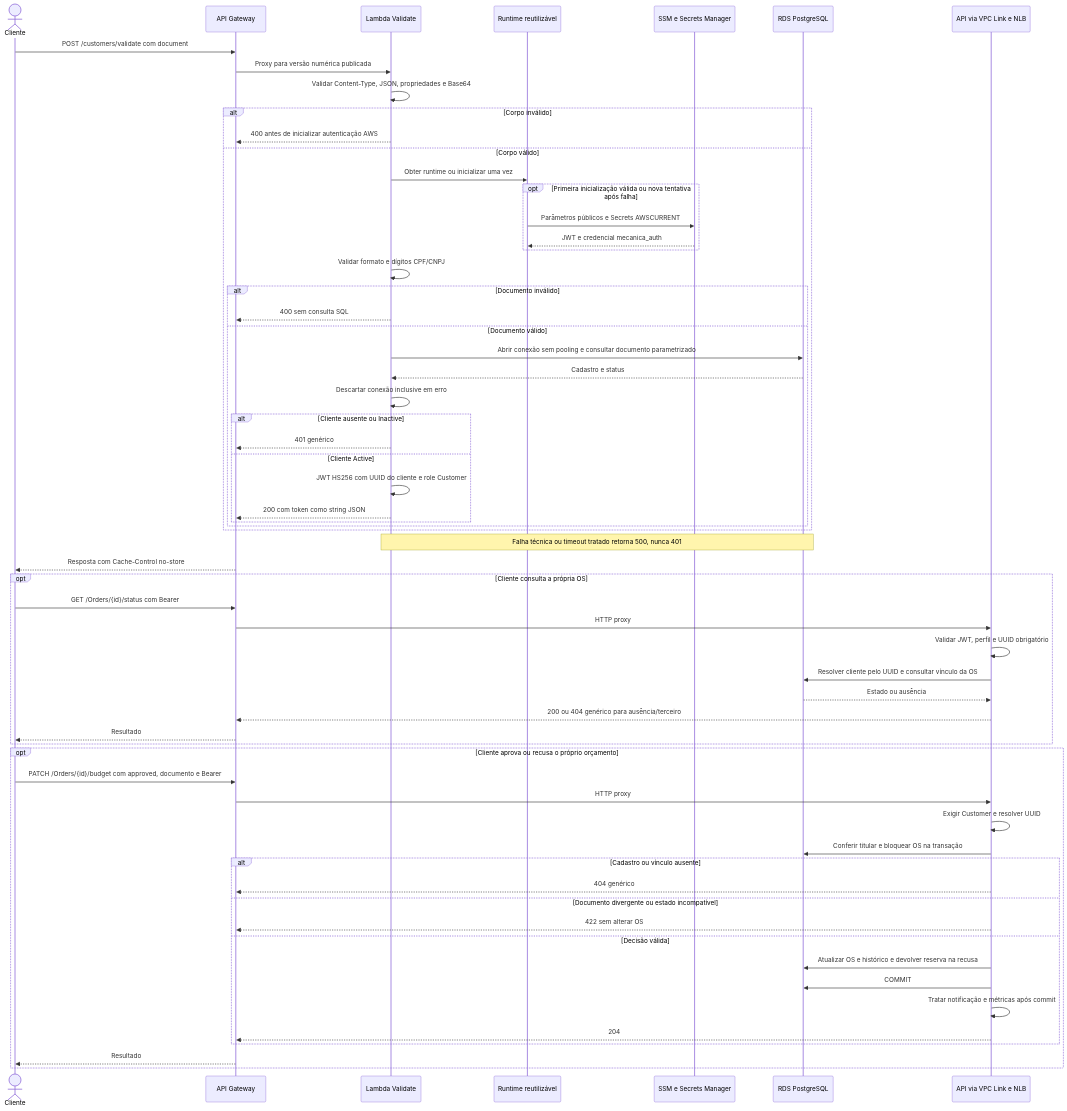
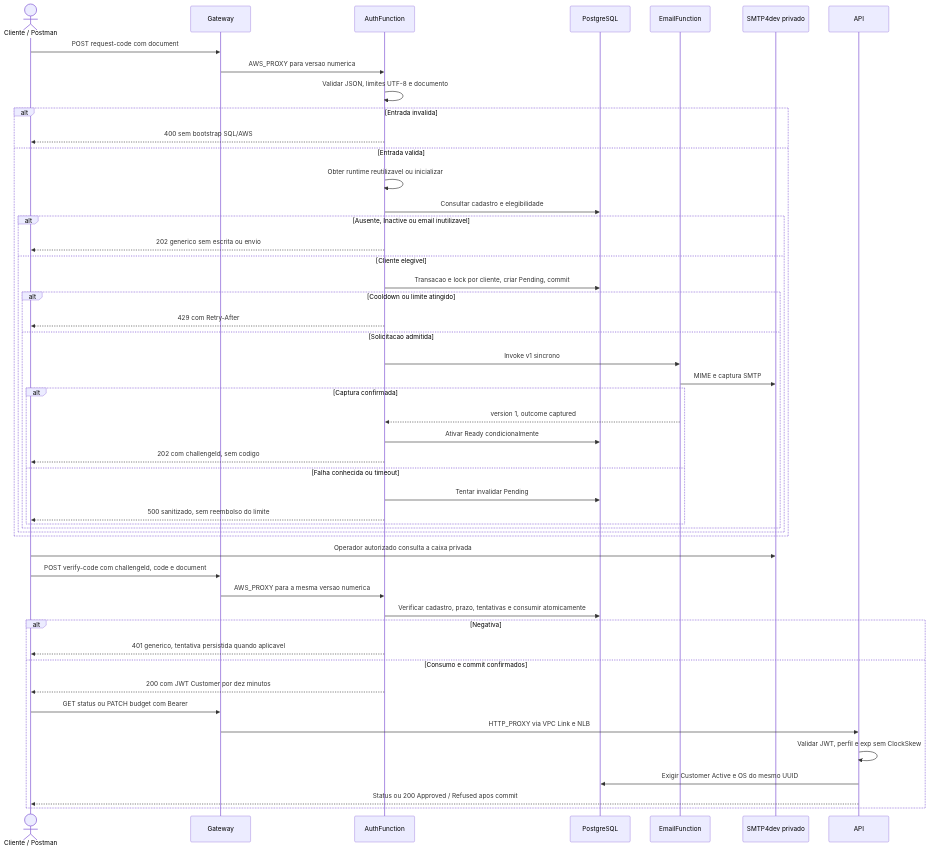
Before and after one commit to pknfelps/GerenciamentoMecanicaSistema: the diagram in docs/arquitetura/diagramas/VALIDACAO_CPF.md, drawn with Mermaid. The commit also changed other lines of this file and 70 other files, not shown here.

Commit message:
Atualizados schemas do postman

````diff
--- a/docs/arquitetura/diagramas/VALIDACAO_CPF.md
+++ b/docs/arquitetura/diagramas/VALIDACAO_CPF.md
@@ -7,64 +7,52 @@
 ```mermaid
 sequenceDiagram
-    actor C as Cliente
-    participant G as API Gateway
-    participant F as Lambda Validate
-    participant P as Runtime reutilizável
-    participant S as SSM e Secrets Manager
-    participant D as RDS PostgreSQL
-    participant A as API via VPC Link e NLB
-    C->>G: POST /customers/validate com document
-    G->>F: Proxy para versão numérica publicada
-    F->>F: Validar Content-Type, JSON, propriedades e Base64
-    alt Corpo inválido
-        F-->>G: 400 antes de inicializar autenticação AWS
-    else Corpo válido
-        F->>P: Obter runtime ou inicializar uma vez
-        opt Primeira inicialização válida ou nova tentativa após falha
-            P->>S: Parâmetros públicos e Secrets AWSCURRENT
-            S-->>P: JWT e credencial mecanica_auth
-        end
-        F->>F: Validar formato e dígitos CPF/CNPJ
-        alt Documento inválido
-            F-->>G: 400 sem consulta SQL
-        else Documento válido
-            F->>D: Abrir conexão sem pooling e consultar documento parametrizado
-            D-->>F: Cadastro e status
-            F->>F: Descartar conexão inclusive em erro
-            alt Cliente ausente ou Inactive
-                F-->>G: 401 genérico
-            else Cliente Active
-                F->>F: JWT HS256 com UUID do cliente e role Customer
-                F-->>G: 200 com token como string JSON
+    actor C as Cliente / Postman
+    participant G as Gateway
+    participant F as AuthFunction
+    participant D as PostgreSQL
+    participant E as EmailFunction
+    participant S as SMTP4dev privado
+    participant A as API
+    C->>G: POST request-code com document
+    G->>F: AWS_PROXY para versao numerica
+    F->>F: Validar JSON, limites UTF-8 e documento
+    alt Entrada invalida
+        F-->>C: 400 sem bootstrap SQL/AWS
+    else Entrada valida
+        F->>F: Obter runtime reutilizavel ou inicializar
+        F->>D: Consultar cadastro e elegibilidade
+        alt Ausente, Inactive ou email inutilizavel
+            F-->>C: 202 generico sem escrita ou envio
+        else Cliente elegivel
+            F->>D: Transacao e lock por cliente, criar Pending, commit
+            alt Cooldown ou limite atingido
+                F-->>C: 429 com Retry-After
+            else Solicitacao admitida
+                F->>E: Invoke v1 sincrono
+                E->>S: MIME e captura SMTP
+                alt Captura confirmada
+                    E-->>F: version 1, outcome captured
+                    F->>D: Ativar Ready condicionalmente
+                    F-->>C: 202 com challengeId, sem codigo
+                else Falha conhecida ou timeout
+                    F->>D: Tentar invalidar Pending
+                    F-->>C: 500 sanitizado, sem reembolso do limite
+                end
             end
         end
     end
-    Note over F,D: Falha técnica ou timeout tratado retorna 500, nunca 401
-    G-->>C: Resposta com Cache-Control no-store
-    opt Cliente consulta a própria OS
-        C->>G: GET /Orders/{id}/status com Bearer
-        G->>A: HTTP proxy
-        A->>A: Validar JWT, perfil e UUID obrigatório
-        A->>D: Resolver cliente pelo UUID e consultar vínculo da OS
-        D-->>A: Estado ou ausência
-        A-->>G: 200 ou 404 genérico para ausência/terceiro
-        G-->>C: Resultado
-    end
-    opt Cliente aprova ou recusa o próprio orçamento
-        C->>G: PATCH /Orders/{id}/budget com approved, documento e Bearer
-        G->>A: HTTP proxy
-        A->>A: Exigir Customer e resolver UUID
-        A->>D: Conferir titular e bloquear OS na transação
-        alt Cadastro ou vínculo ausente
-            A-->>G: 404 genérico
-        else Documento divergente ou estado incompatível
-            A-->>G: 422 sem alterar OS
-        else Decisão válida
-            A->>D: Atualizar OS e histórico e devolver reserva na recusa
-            A->>D: COMMIT
-            A->>A: Tratar notificação e métricas após commit
-            A-->>G: 204
-        end
-        G-->>C: Resultado
+    C->>S: Operador autorizado consulta a caixa privada
+    C->>G: POST verify-code com challengeId, code e document
+    G->>F: AWS_PROXY para a mesma versao numerica
+    F->>D: Verificar cadastro, prazo, tentativas e consumir atomicamente
+    alt Negativa
+        F-->>C: 401 generico, tentativa persistida quando aplicavel
+    else Consumo e commit confirmados
+        F-->>C: 200 com JWT Customer por dez minutos
+        C->>G: GET status ou PATCH budget com Bearer
+        G->>A: HTTP_PROXY via VPC Link e NLB
+        A->>A: Validar JWT, perfil e exp sem ClockSkew
+        A->>D: Exigir Customer Active e OS do mesmo UUID
+        A-->>C: Status ou 200 Approved / Refused apos commit
     end
 ```
````
